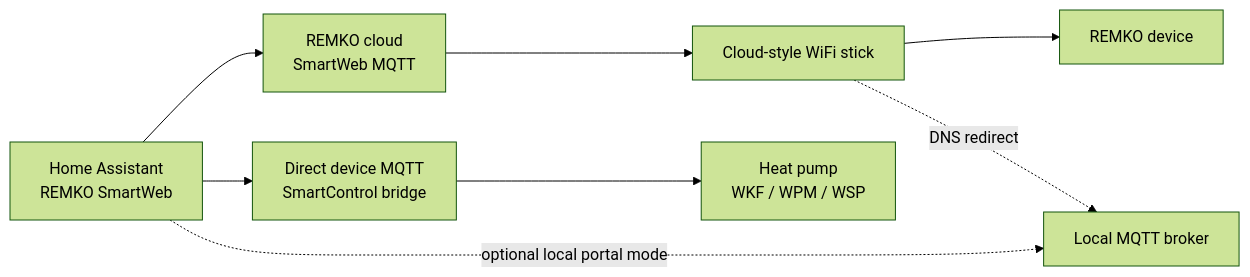
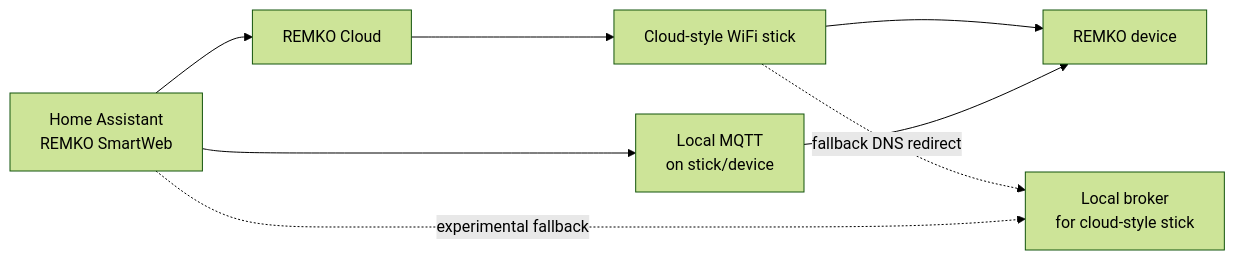
The diagram in README.md (Christoph-87/remko-smartweb-ha), drawn with Mermaid (forest theme) before and after one commit. The commit also changed other lines of this file and 1 other file, not shown here.

Commit message:
docs: simplify supported device connection paths

````diff
--- a/README.md
+++ b/README.md
@@ -93,12 +93,12 @@
 ```mermaid
 flowchart LR
-  HA["Home Assistant<br/>REMKO SmartWeb"] --> Cloud["REMKO cloud<br/>SmartWeb MQTT"]
+  HA["Home Assistant<br/>REMKO SmartWeb"] --> Cloud["REMKO Cloud"]
   Cloud --> Stick["Cloud-style WiFi stick"]
   Stick --> Device["REMKO device"]
 
-  Stick -. DNS redirect .-> Broker["Local MQTT broker"]
-  HA -. optional local portal mode .-> Broker
+  HA --> Local["Local MQTT<br/>on stick/device"]
+  Local --> Device
 
-  HA --> Direct["Direct device MQTT<br/>SmartControl bridge"]
-  Direct --> HeatPump["Heat pump<br/>WKF / WPM / WSP"]
+  Stick -. fallback DNS redirect .-> Broker["Local broker<br/>for cloud-style stick"]
+  HA -. experimental fallback .-> Broker
 ```
````
